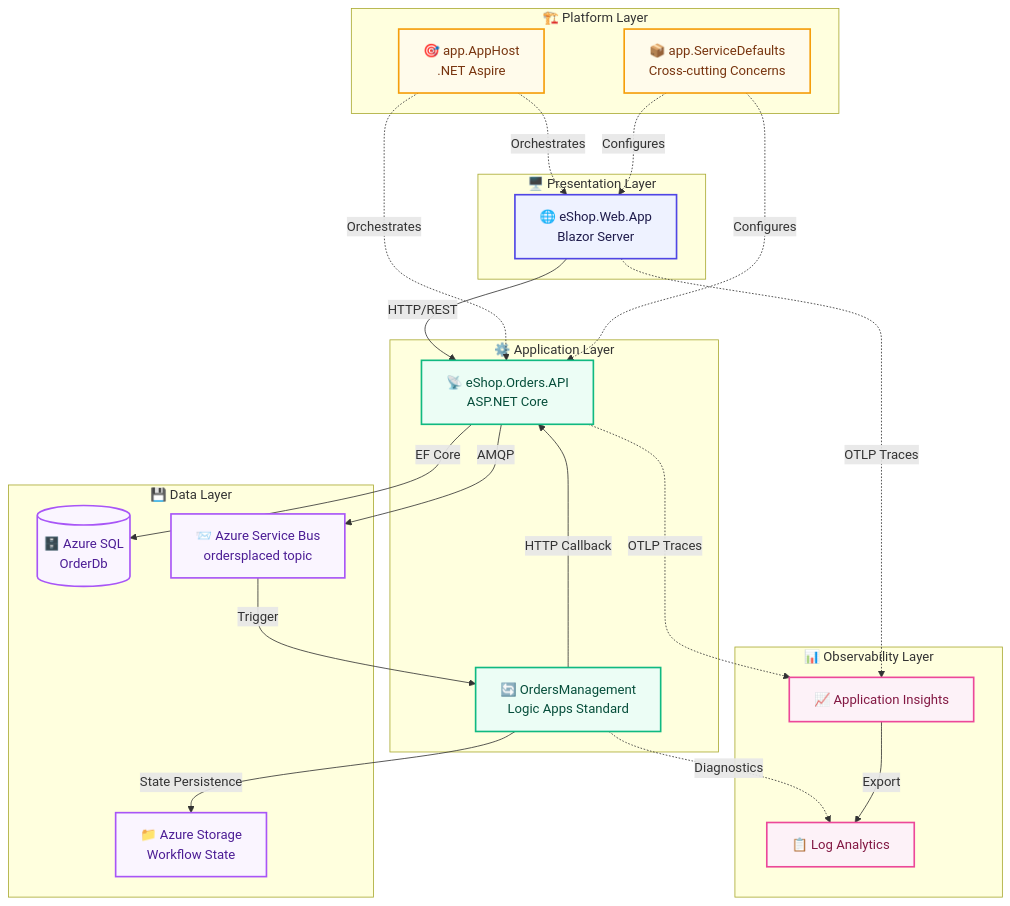
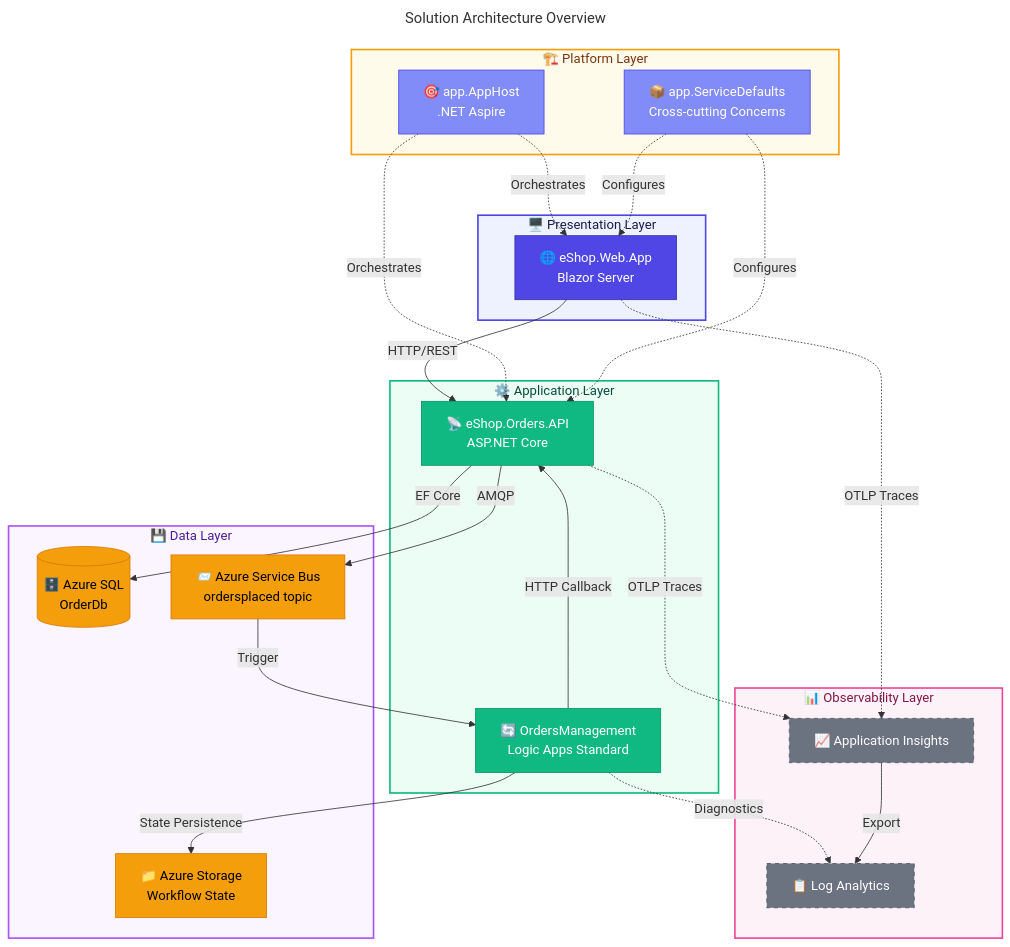
Before and after one commit to Evilazaro/Azure-LogicApps-Monitoring: the diagram in docs/README.md, drawn with Mermaid. The commit also changed 1 other file, not shown here.

Commit message:
docs: Enhance mermaid diagrams in observability strategy and solution architecture with improved titles, styling, and connections for better clarity and organization

````diff
--- a/docs/README.md
+++ b/docs/README.md
@@ -171,65 +171,77 @@
 ```mermaid
+---
+title: Solution Architecture Overview
+---
 flowchart TD
-    %% ===========================================
-    %% Solution Architecture Overview
-    %% Azure Logic Apps Monitoring Reference
-    %% ===========================================
+    %% ===== STYLE DEFINITIONS =====
+    classDef primary fill:#4F46E5,stroke:#3730A3,color:#FFFFFF
+    classDef secondary fill:#10B981,stroke:#059669,color:#FFFFFF
+    classDef datastore fill:#F59E0B,stroke:#D97706,color:#000000
+    classDef external fill:#6B7280,stroke:#4B5563,color:#FFFFFF,stroke-dasharray: 5 5
+    classDef failed fill:#F44336,stroke:#C62828,color:#FFFFFF
+    classDef trigger fill:#818CF8,stroke:#4F46E5,color:#FFFFFF
+    classDef decision fill:#FFFBEB,stroke:#F59E0B,color:#000000
+    classDef input fill:#F3F4F6,stroke:#6B7280,color:#000000
 
+    %% ===== PRESENTATION LAYER =====
     subgraph Presentation["🖥️ Presentation Layer"]
         WebApp["🌐 eShop.Web.App<br/>Blazor Server"]
     end
+    style Presentation fill:#EEF2FF,stroke:#4F46E5,stroke-width:2px,color:#1E1B4B
 
+    %% ===== APPLICATION LAYER =====
     subgraph Application["⚙️ Application Layer"]
         OrdersAPI["📡 eShop.Orders.API<br/>ASP.NET Core"]
         LogicApp["🔄 OrdersManagement<br/>Logic Apps Standard"]
     end
+    style Application fill:#ECFDF5,stroke:#10B981,stroke-width:2px,color:#064E3B
 
+    %% ===== PLATFORM LAYER =====
     subgraph Platform["🏗️ Platform Layer"]
         AspireHost["🎯 app.AppHost<br/>.NET Aspire"]
         ServiceDefaults["📦 app.ServiceDefaults<br/>Cross-cutting Concerns"]
     end
+    style Platform fill:#FFFBEB,stroke:#F59E0B,stroke-width:2px,color:#78350F
 
+    %% ===== DATA LAYER =====
     subgraph DataLayer["💾 Data Layer"]
         SqlDb[("🗄️ Azure SQL<br/>OrderDb")]
         ServiceBus["📨 Azure Service Bus<br/>ordersplaced topic"]
         BlobStorage["📁 Azure Storage<br/>Workflow State"]
     end
+    style DataLayer fill:#FAF5FF,stroke:#A855F7,stroke-width:2px,color:#4C1D95
 
+    %% ===== OBSERVABILITY LAYER =====
     subgraph Observability["📊 Observability Layer"]
         AppInsights["📈 Application Insights"]
         LogAnalytics["📋 Log Analytics"]
     end
+    style Observability fill:#FDF2F8,stroke:#EC4899,stroke-width:2px,color:#831843
 
-    %% --- Primary Data Flow ---
+    %% ===== PRIMARY DATA FLOW =====
     WebApp -->|"HTTP/REST"| OrdersAPI
     OrdersAPI -->|"EF Core"| SqlDb
     OrdersAPI -->|"AMQP"| ServiceBus
     ServiceBus -->|"Trigger"| LogicApp
     LogicApp -->|"HTTP Callback"| OrdersAPI
     LogicApp -->|"State Persistence"| BlobStorage
 
-    %% --- Platform Orchestration ---
+    %% ===== PLATFORM ORCHESTRATION =====
     AspireHost -.->|"Orchestrates"| WebApp
     AspireHost -.->|"Orchestrates"| OrdersAPI
     ServiceDefaults -.->|"Configures"| WebApp
     ServiceDefaults -.->|"Configures"| OrdersAPI
 
-    %% --- Telemetry Flow ---
+    %% ===== TELEMETRY FLOW =====
     WebApp -.->|"OTLP Traces"| AppInsights
     OrdersAPI -.->|"OTLP Traces"| AppInsights
     LogicApp -.->|"Diagnostics"| LogAnalytics
     AppInsights -->|"Export"| LogAnalytics
 
-    %% --- Node Styling ---
-    classDef presentation fill:#EEF2FF,stroke:#4F46E5,stroke-width:2px,color:#1E1B4B
-    classDef application fill:#ECFDF5,stroke:#10B981,stroke-width:2px,color:#064E3B
-    classDef platform fill:#FFFBEB,stroke:#F59E0B,stroke-width:2px,color:#78350F
-    classDef data fill:#FAF5FF,stroke:#A855F7,stroke-width:2px,color:#4C1D95
-    classDef observability fill:#FDF2F8,stroke:#EC4899,stroke-width:2px,color:#831843
-
-    class WebApp presentation
-    class OrdersAPI,LogicApp application
-    class AspireHost,ServiceDefaults platform
-    class SqlDb,ServiceBus,BlobStorage data
-    class AppInsights,LogAnalytics observability
+    %% ===== NODE CLASS ASSIGNMENTS =====
+    class WebApp primary
+    class OrdersAPI,LogicApp secondary
+    class AspireHost,ServiceDefaults trigger
+    class SqlDb,ServiceBus,BlobStorage datastore
+    class AppInsights,LogAnalytics external
 ```
````
